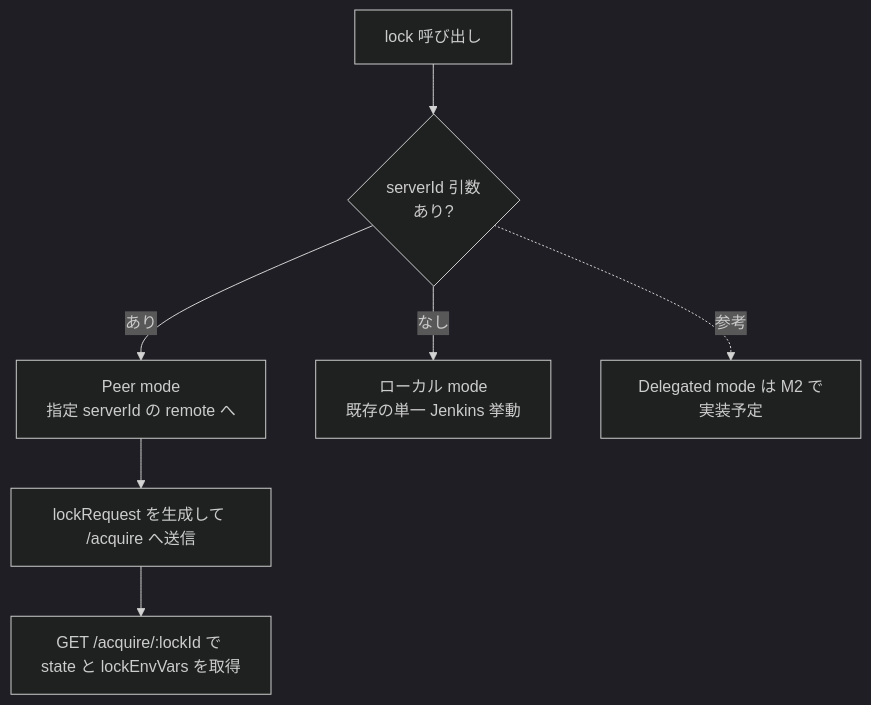
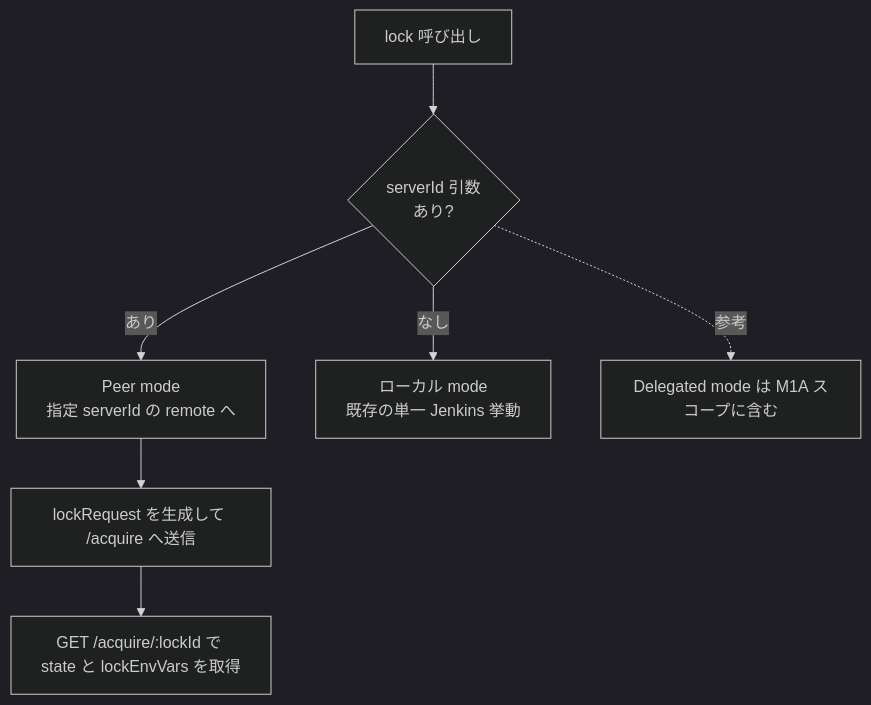
One commit to kohtaro-satoh/lockable-resources-remote-notes changed the first of 6 diagrams in dev/docs-j/LRR_DESIGN_P1_M1A.md. Above: the diagram before and after it, drawn with Mermaid (dark theme). The commit also changed other lines of this file and 1 other file, not shown here.

Commit message:
Align M1A scope: include delegated mode in j/e docs

````diff
--- a/dev/docs-j/LRR_DESIGN_P1_M1A.md
+++ b/dev/docs-j/LRR_DESIGN_P1_M1A.md
@@ -69,10 +68,10 @@
 ```mermaid
 flowchart TD
   A["lock 呼び出し"] --> D{"serverId 引数\nあり?"}
   D -- あり --> E["Peer mode\n指定 serverId の remote へ"]
   D -- なし --> F["ローカル mode\n既存の単一 Jenkins 挙動"]
-  D -. 参考 .-> N["Delegated mode は M2 で実装予定"]
+  D -. 参考 .-> N["Delegated mode は M1A スコープに含む"]
 
   E --> G["lockRequest を生成して /acquire へ送信"]
   G --> H["GET /acquire/:lockId で state と lockEnvVars を取得"]
 ```
````
